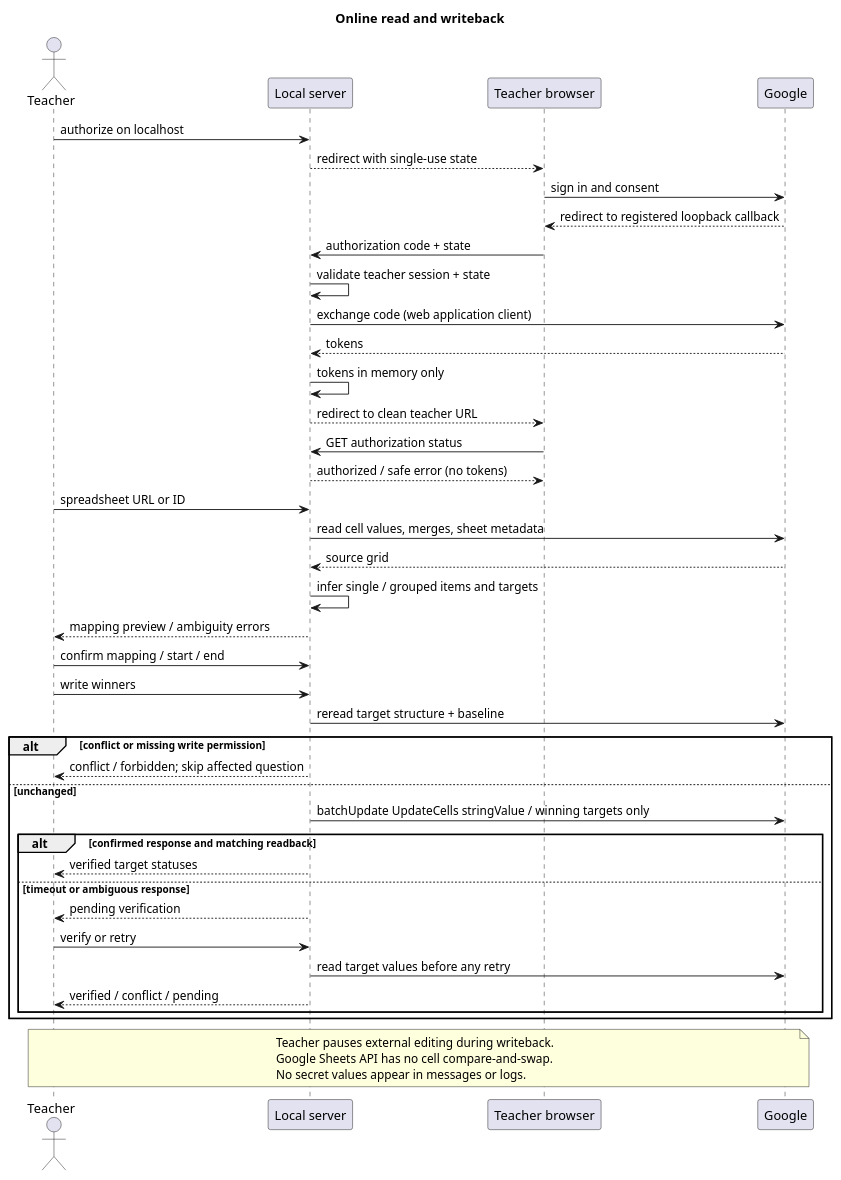
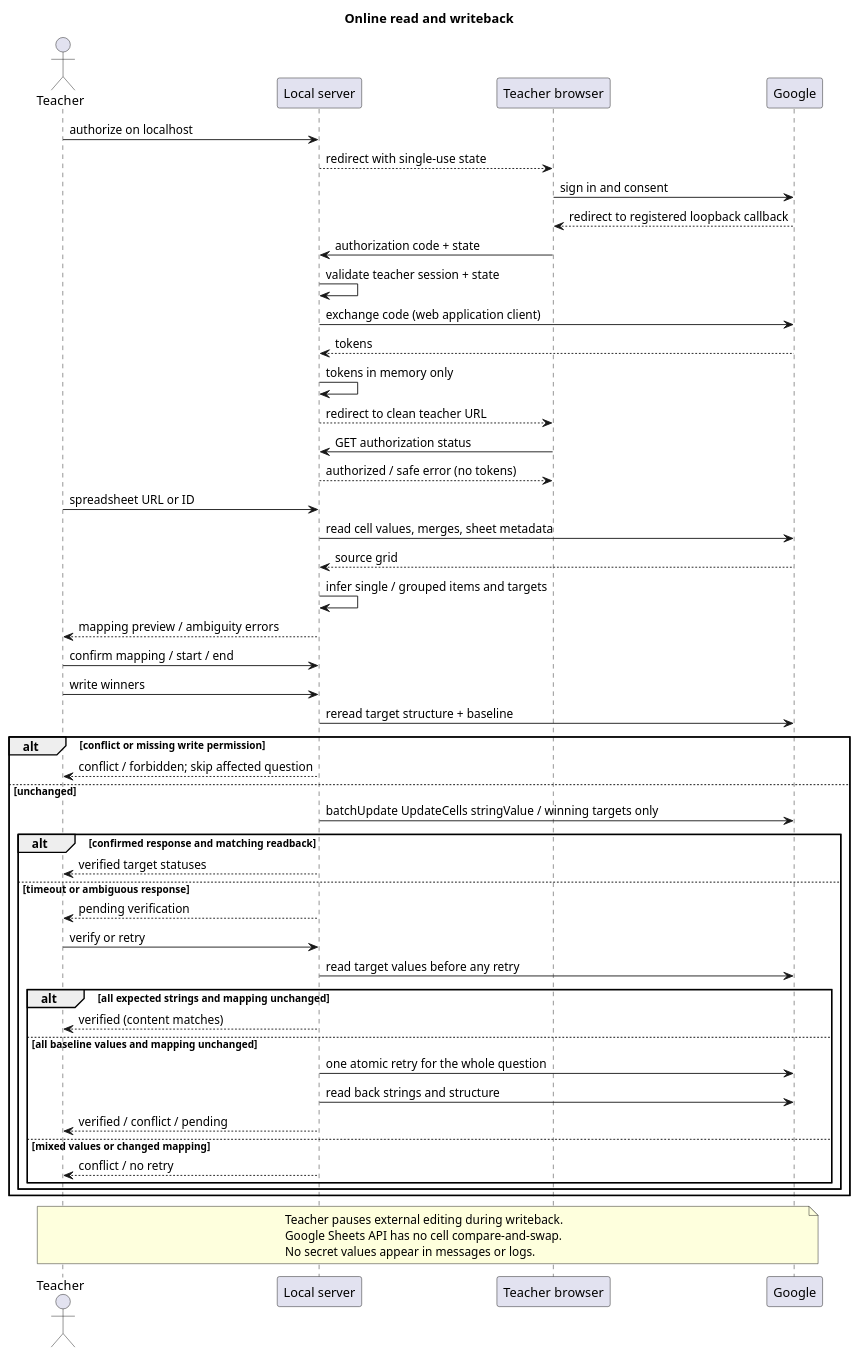
Before and after one commit to TsengYuFei/SW_SpecKit: the diagram in specs/001-classroom-sheets-buzzer/diagrams/google-flow.puml, drawn with PlantUML. The commit also changed 30 other files, not shown here.

```diff
--- a/specs/001-classroom-sheets-buzzer/diagrams/google-flow.puml
+++ b/specs/001-classroom-sheets-buzzer/diagrams/google-flow.puml
@@ -1,45 +1,53 @@
 @startuml
 title Online read and writeback
 actor Teacher as T
 participant "Local server" as S
 participant "Teacher browser" as B
 participant Google as G
 T -> S : authorize on localhost
 S --> B : redirect with single-use state
 B -> G : sign in and consent
 G --> B : redirect to registered loopback callback
 B -> S : authorization code + state
 S -> S : validate teacher session + state
 S -> G : exchange code (web application client)
 G --> S : tokens
 S -> S : tokens in memory only
 S --> B : redirect to clean teacher URL
 B -> S : GET authorization status
 S --> B : authorized / safe error (no tokens)
 T -> S : spreadsheet URL or ID
 S -> G : read cell values, merges, sheet metadata
 G --> S : source grid
 S -> S : infer single / grouped items and targets
 S --> T : mapping preview / ambiguity errors
 T -> S : confirm mapping / start / end
 T -> S : write winners
 S -> G : reread target structure + baseline
 alt conflict or missing write permission
  S --> T : conflict / forbidden; skip affected question
 else unchanged
  S -> G : batchUpdate UpdateCells stringValue / winning targets only
  alt confirmed response and matching readback
   S --> T : verified target statuses
  else timeout or ambiguous response
   S --> T : pending verification
   T -> S : verify or retry
   S -> G : read target values before any retry
-  S --> T : verified / conflict / pending
+  alt all expected strings and mapping unchanged
+   S --> T : verified (content matches)
+  else all baseline values and mapping unchanged
+   S -> G : one atomic retry for the whole question
+   S -> G : read back strings and structure
+   S --> T : verified / conflict / pending
+  else mixed values or changed mapping
+   S --> T : conflict / no retry
+  end
  end
 end
 note over T,G
 Teacher pauses external editing during writeback.
 Google Sheets API has no cell compare-and-swap.
 No secret values appear in messages or logs.
 end note
 @enduml
```
